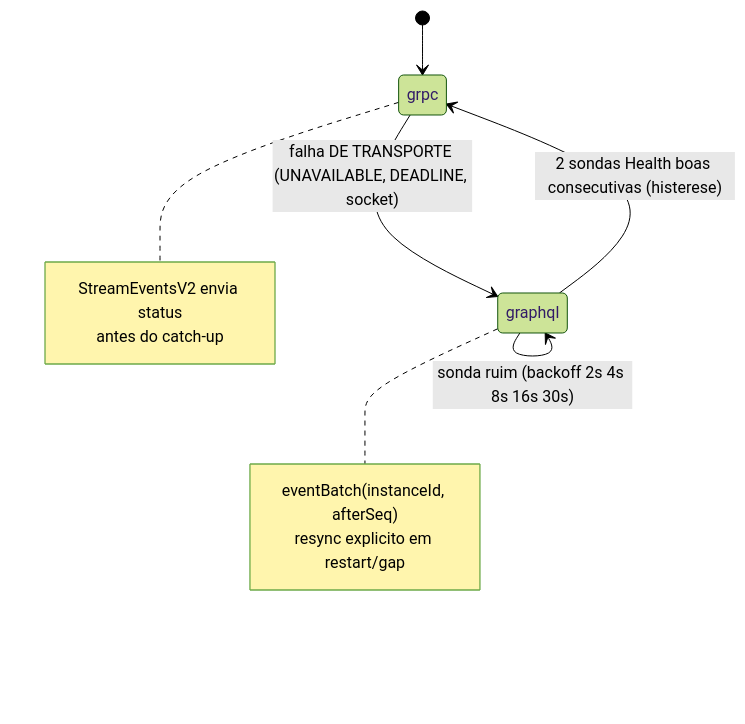
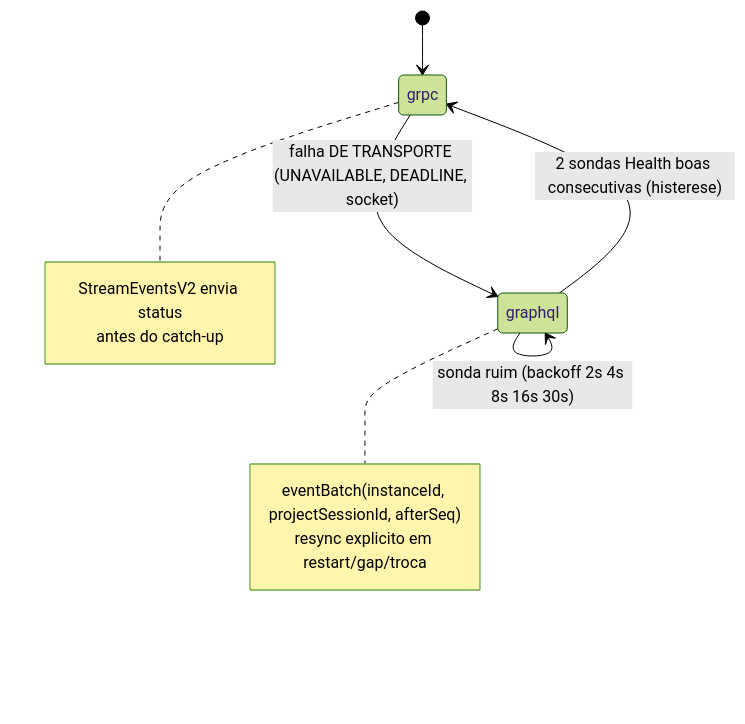
The diagram in docs/adr/ADR-017-grpc-caminho-quente-com-fallback.md (flaviotinococoutinho/Gridsmith), drawn with Mermaid (forest theme) before and after one commit. The commit also changed other lines of this file and 68 other files, not shown here.

````diff
--- a/docs/adr/ADR-017-grpc-caminho-quente-com-fallback.md
+++ b/docs/adr/ADR-017-grpc-caminho-quente-com-fallback.md
@@ -22,15 +22,15 @@
 ```mermaid
 stateDiagram-v2
   [*] --> grpc
   grpc --> graphql : falha DE TRANSPORTE (UNAVAILABLE, DEADLINE, socket)
   graphql --> graphql : sonda ruim (backoff 2s 4s 8s 16s 30s)
   graphql --> grpc : 2 sondas Health boas consecutivas (histerese)
   note right of graphql
-    eventBatch(instanceId, afterSeq)
-    resync explicito em restart/gap
+    eventBatch(instanceId, projectSessionId, afterSeq)
+    resync explicito em restart/gap/troca
   end note
   note right of grpc
     StreamEventsV2 envia status
     antes do catch-up
   end note
 ```
````
